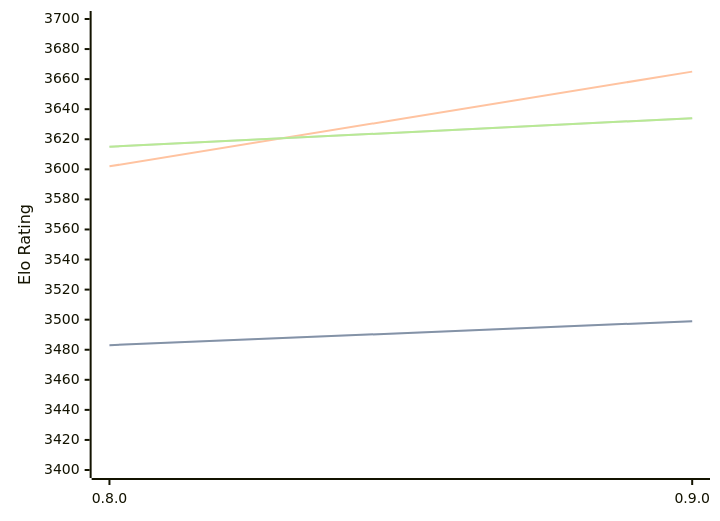
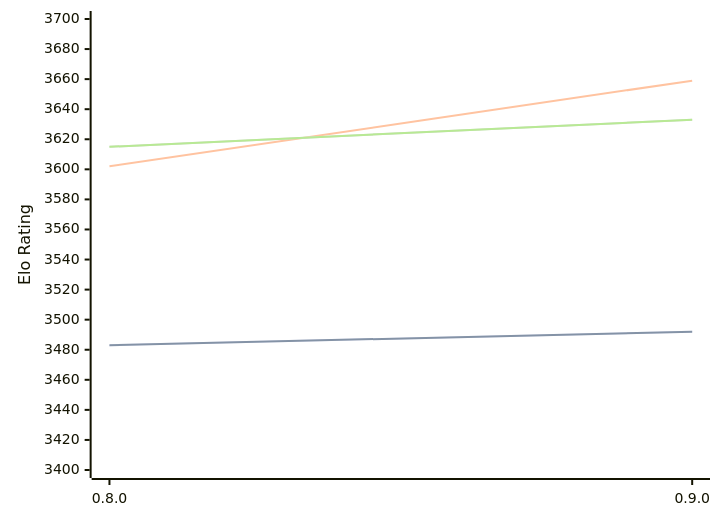
One commit to computer-chess-index/cci changed the diagram in engines/Reckless.md. Above: the diagram before and after it, drawn with Mermaid. The commit also changed other lines of this file, not shown here.

Commit message:
Update CCI Ratings (ELO VLTC) - 2026-03-01

````diff
--- a/engines/Reckless.md
+++ b/engines/Reckless.md
@@ -37,11 +37,11 @@
 ```mermaid
 %%{init: {"theme":"base","themeVariables":{"seriesColors:['#a3a3a3','#222221','#faa371']}}}%%
 xychart-beta
   x-axis ["0.8.0", "0.9.0"]
   y-axis "Elo Rating" 3400 --> 3700
-  line "STC (8.0+0.08s)" [3483, 3499]
-  line "STC (8.0+0.08s)" [3483, 3499]
-  line "LTC (60.0+0.60s)" [3602, 3665]
-  line "VLTC (2m24s+1.12s)" [3615, 3634]
-  line "VLTC (2m24s+1.12s)" [3615, 3634]
+  line "STC (8.0+0.08s)" [3483, 3492]
+  line "STC (8.0+0.08s)" [3483, 3492]
+  line "LTC (60.0+0.60s)" [3602, 3659]
+  line "VLTC (2m24s+1.12s)" [3615, 3633]
+  line "VLTC (2m24s+1.12s)" [3615, 3633]
 ```
````
